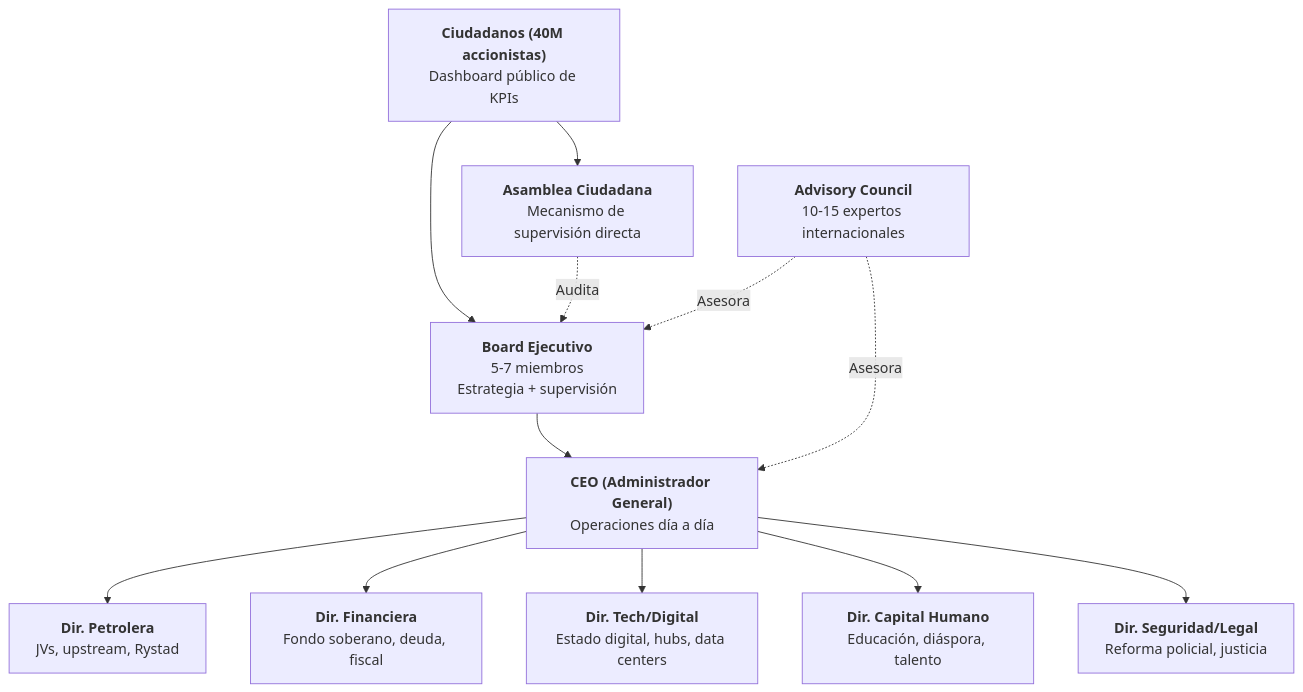
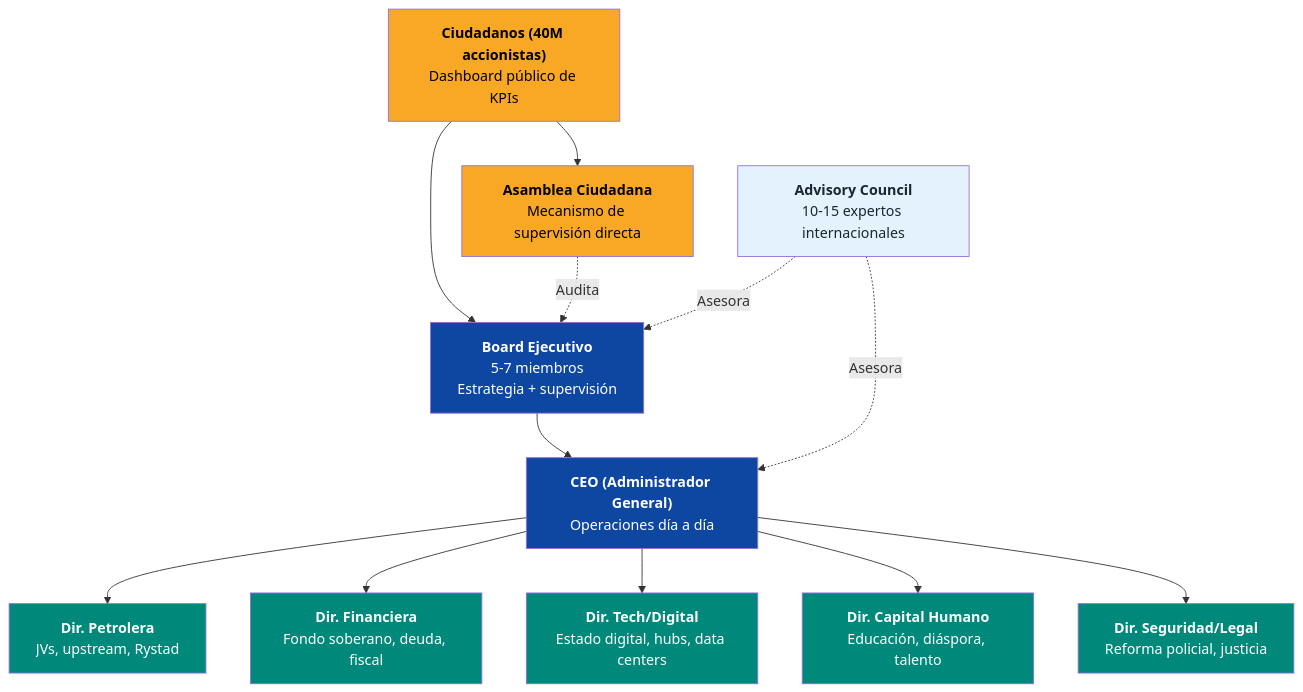
One commit to Venezuela-S-A/venezuela-sa changed the first of 2 diagrams in docs/07-ejecucion/equipo-ejecutor.md. Above: the diagram before and after it, drawn with Mermaid. The commit also changed other lines of this file and 127 other files, not shown here.

````diff
--- a/docs/07-ejecucion/equipo-ejecutor.md
+++ b/docs/07-ejecucion/equipo-ejecutor.md
@@ -24,17 +24,28 @@
 ```mermaid
 flowchart TD
     CIT["<b>Ciudadanos (40M accionistas)</b><br/>Dashboard público de KPIs"] --> BE
     CIT --> AC["<b>Asamblea Ciudadana</b><br/>Mecanismo de supervisión directa"]
 
     BE["<b>Board Ejecutivo</b><br/>5-7 miembros<br/>Estrategia + supervisión"] --> CEO["<b>CEO (Administrador General)</b><br/>Operaciones día a día"]
     AC -.->|"Audita"| BE
 
     CEO --> DP["<b>Dir. Petrolera</b><br/>JVs, upstream, Rystad"]
     CEO --> DF["<b>Dir. Financiera</b><br/>Fondo soberano, deuda, fiscal"]
     CEO --> DT["<b>Dir. Tech/Digital</b><br/>Estado digital, hubs, data centers"]
     CEO --> DCH["<b>Dir. Capital Humano</b><br/>Educación, diáspora, talento"]
     CEO --> DSL["<b>Dir. Seguridad/Legal</b><br/>Reforma policial, justicia"]
 
     ADV["<b>Advisory Council</b><br/>10-15 expertos internacionales"] -.->|"Asesora"| BE
     ADV -.->|"Asesora"| CEO
+
+    style CIT fill:#F9A825,color:#000
+    style AC fill:#F9A825,color:#000
+    style BE fill:#0D47A1,color:#fff
+    style CEO fill:#0D47A1,color:#fff
+    style DP fill:#00897B,color:#fff
+    style DF fill:#00897B,color:#fff
+    style DT fill:#00897B,color:#fff
+    style DCH fill:#00897B,color:#fff
+    style DSL fill:#00897B,color:#fff
+    style ADV fill:#E3F2FD,color:#1B2631
 ```
````
